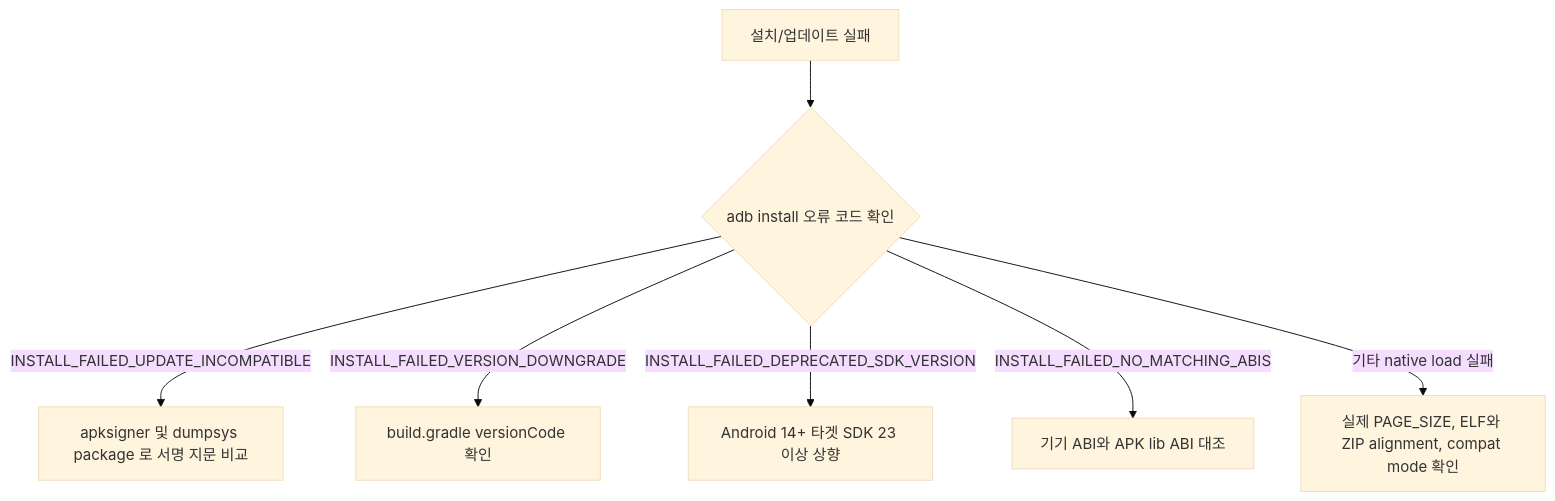
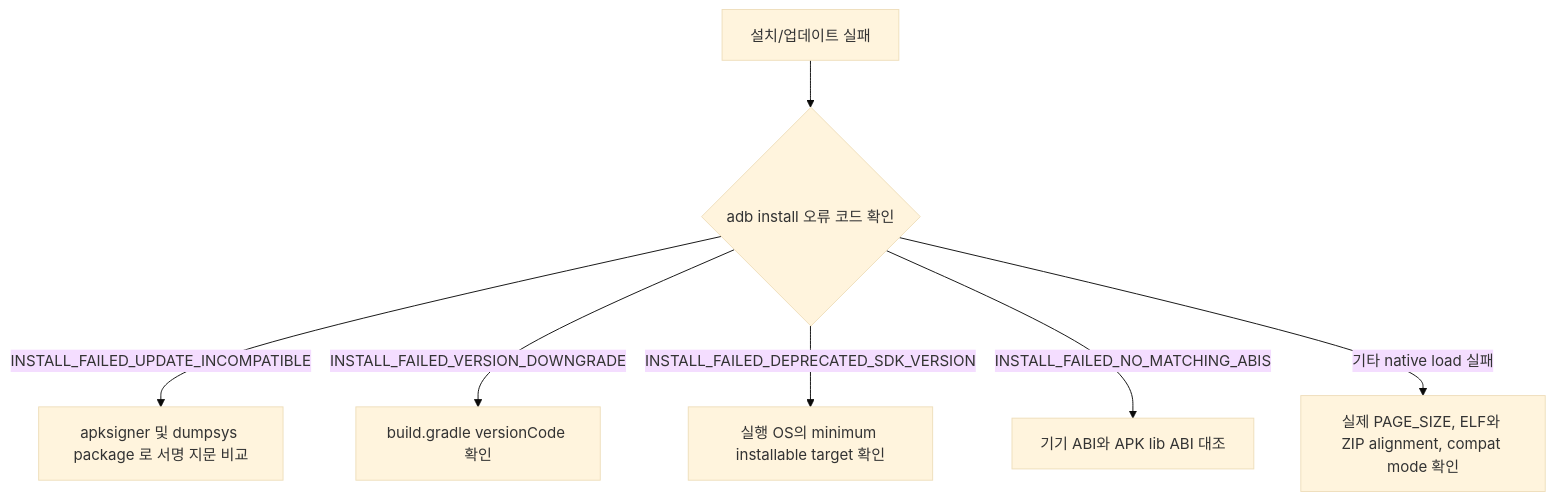
One commit to youngmin-gwon/what-i-studied changed the diagram in 01_inbox/mobile/android/00_foundations/diagnostic-runbooks/08-install-update-failure.md. Above: the diagram before and after it, drawn with Mermaid (base theme). The commit also changed other lines of this file and 89 other files, not shown here.

````diff
--- a/01_inbox/mobile/android/00_foundations/diagnostic-runbooks/08-install-update-failure.md
+++ b/01_inbox/mobile/android/00_foundations/diagnostic-runbooks/08-install-update-failure.md
@@ -31,9 +31,9 @@
 ```mermaid
 graph TD
     A[설치/업데이트 실패] --> B{adb install 오류 코드 확인}
     B -- INSTALL_FAILED_UPDATE_INCOMPATIBLE --> C[apksigner 및 dumpsys package 로 서명 지문 비교]
     B -- INSTALL_FAILED_VERSION_DOWNGRADE --> D[build.gradle versionCode 확인]
-    B -- INSTALL_FAILED_DEPRECATED_SDK_VERSION --> E[Android 14+ 타겟 SDK 23 이상 상향]
+    B -- INSTALL_FAILED_DEPRECATED_SDK_VERSION --> E[실행 OS의 minimum installable target 확인]
     B -- INSTALL_FAILED_NO_MATCHING_ABIS --> F[기기 ABI와 APK lib ABI 대조]
     B -- 기타 native load 실패 --> G[실제 PAGE_SIZE, ELF와 ZIP alignment, compat mode 확인]
 ```
````
